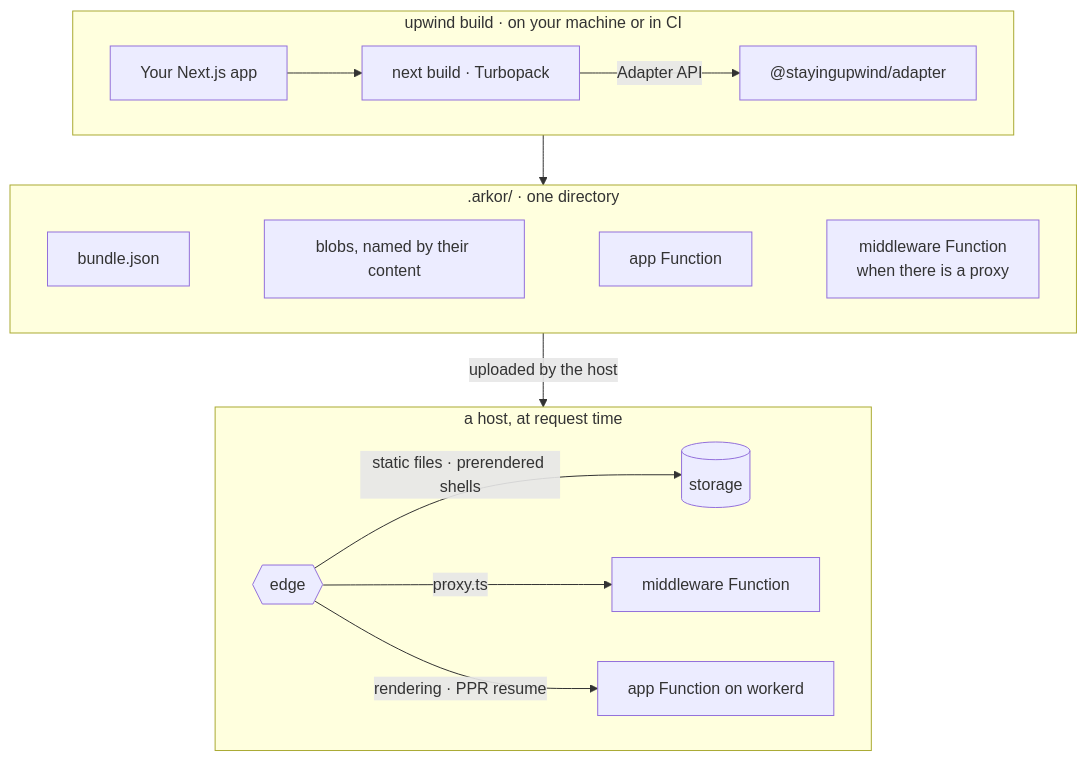
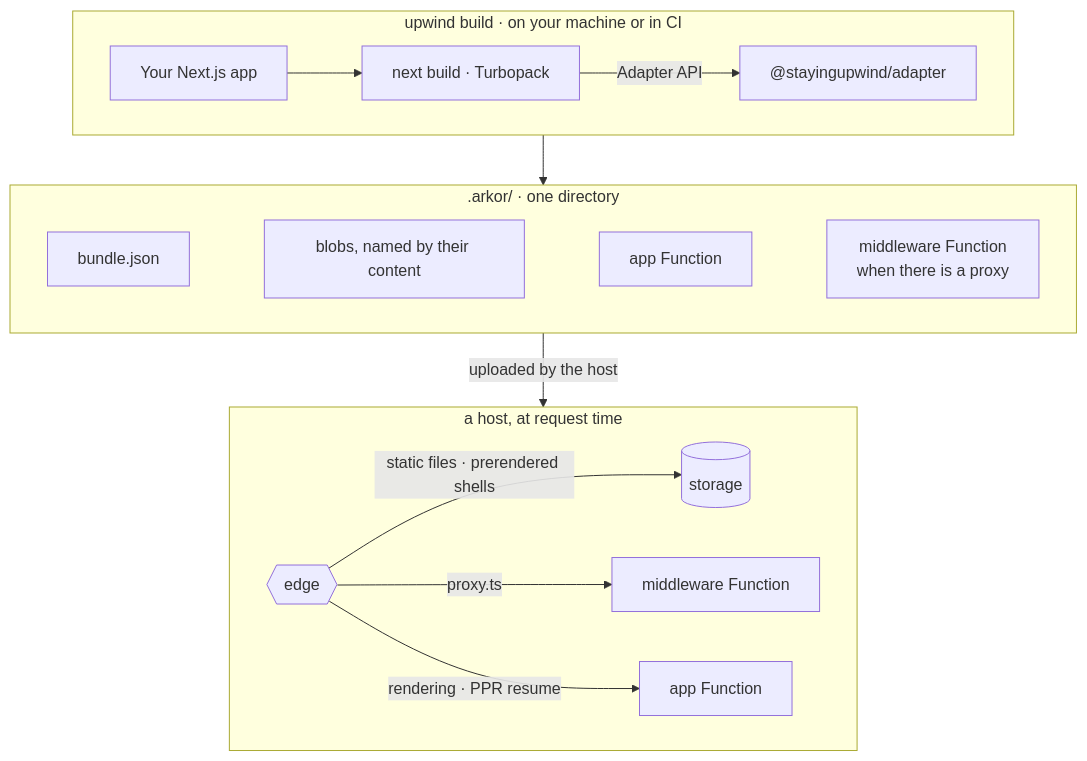
Before and after one commit to arkorlab/upwind: the first of 2 diagrams in README.md, drawn with Mermaid. The commit also changed other lines of this file and 9 other files, not shown here.

````diff
--- a/README.md
+++ b/README.md
@@ -69,23 +68,23 @@
 ```mermaid
 flowchart TB
   subgraph build ["upwind build · on your machine or in CI"]
     direction LR
     app["Your Next.js app"] --> nb["next build · Turbopack"]
     nb -- "Adapter API" --> ad["@stayingupwind/adapter"]
   end
 
   subgraph bundle [".arkor/ · one directory"]
     direction LR
     bj["bundle.json"] ~~~ bl["blobs, named by their content"] ~~~ fa["app Function"] ~~~ fm["middleware Function<br/>when there is a proxy"]
   end
 
   subgraph serve ["a host, at request time"]
     direction LR
     edge{{"edge"}} -- "static files · prerendered shells" --> st[("storage")]
     edge -- "proxy.ts" --> mw["middleware Function"]
-    edge -- "rendering · PPR resume" --> fn["app Function on workerd"]
+    edge -- "rendering · PPR resume" --> fn["app Function"]
   end
 
   build --> bundle
   bundle -- "uploaded by the host" --> serve
 ```
````
